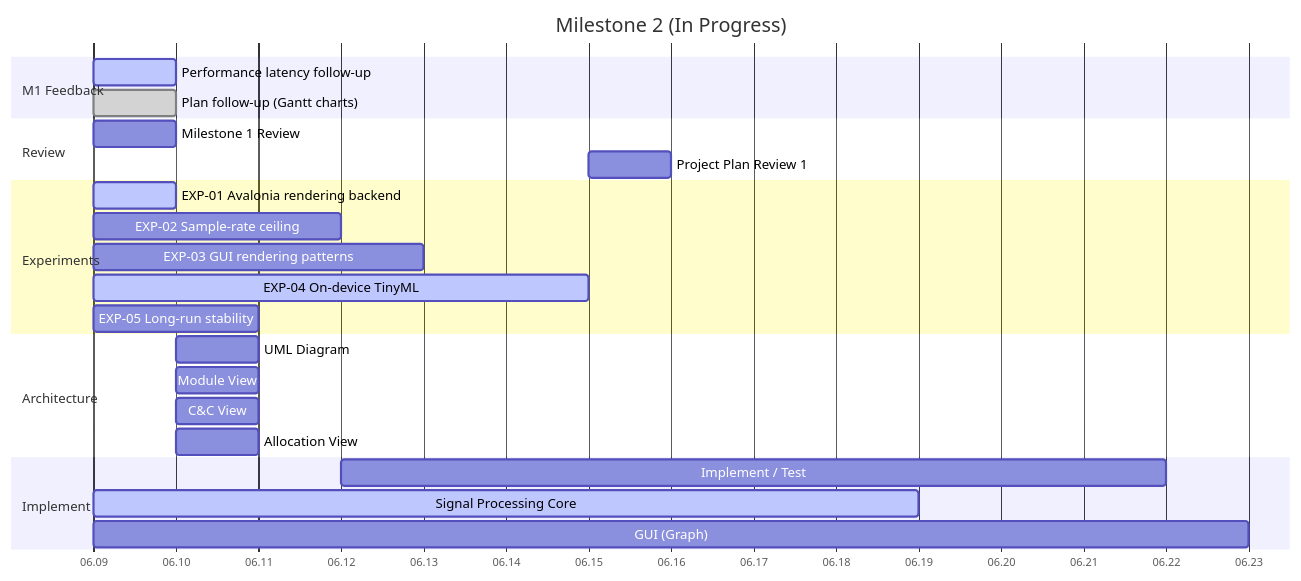
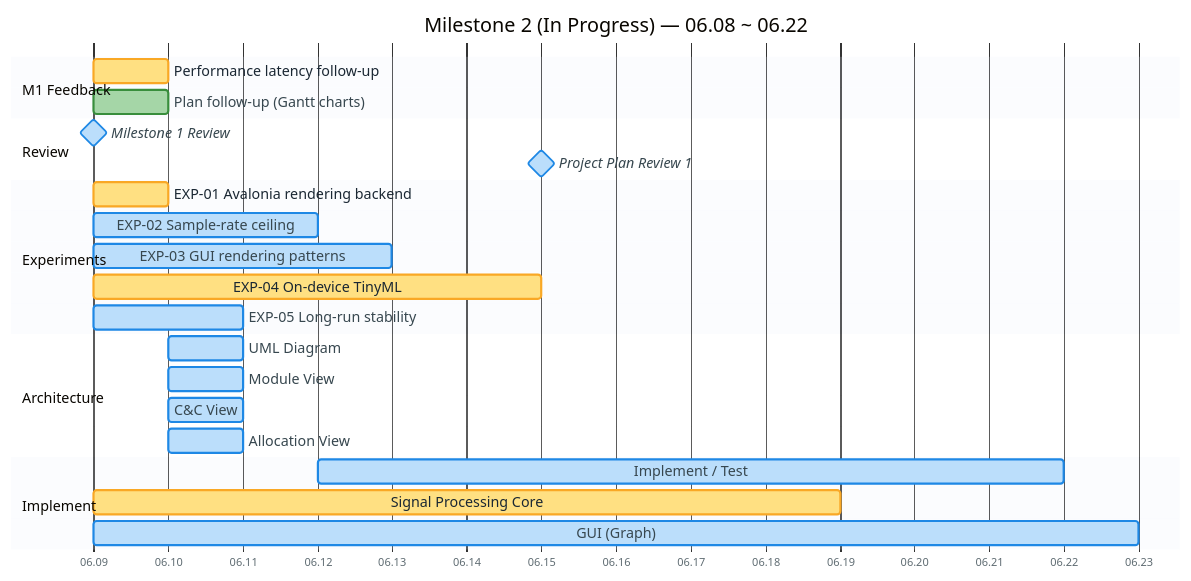
Before and after one commit to lgcmu2026-team5/TimeGrapher-Docs: the second of 3 diagrams in Milestone1/Presentation/en/Milestone1_1-Project-Plan.md, drawn with Mermaid. The commit also changed other lines of this file and 1 other file, not shown here.

First line of the commit message:
Restyle Project Plan Gantt charts and unify status markers

````diff
--- a/Milestone1/Presentation/en/Milestone1_1-Project-Plan.md
+++ b/Milestone1/Presentation/en/Milestone1_1-Project-Plan.md
@@ -44,33 +46,34 @@
 ```mermaid
-%%{init: {"gantt": {"useWidth": 1200, "barHeight": 24, "fontSize": 12, "sectionFontSize": 12}}}%%
+%%{init: {"theme":"base","themeVariables":{"fontSize":"14px","taskBkgColor":"#BBDEFB","taskBorderColor":"#1E88E5","taskTextDarkColor":"#1A2733","taskTextOutsideColor":"#37474F","activeTaskBkgColor":"#FFE082","activeTaskBorderColor":"#F9A825","doneTaskBkgColor":"#A5D6A7","doneTaskBorderColor":"#388E3C","sectionBkgColor":"#E8EEF7","altSectionBkgColor":"#FFFFFF","sectionBkgColor2":"#E8EEF7","todayLineColor":"#E53935","gridColor":"#CFD8DC","textColor":"#37474F"},"gantt":{"useWidth":1100,"barHeight":22,"barGap":6,"topPadding":50,"fontSize":13,"sectionFontSize":13,"numberSectionStyles":2}}}%%
 gantt
-    title Milestone 2 (In Progress)
+    title Milestone 2 (In Progress) — 06.08 ~ 06.22
     dateFormat YYYY-MM-DD
     axisFormat %m.%d
+    tickInterval 1day
 
     section M1 Feedback
     Performance latency follow-up :active, 2026-06-09, 2026-06-10
     Plan follow-up (Gantt charts) :done, 2026-06-09, 2026-06-10
 
     section Review
-    Milestone 1 Review            :2026-06-09, 1d
-    Project Plan Review 1         :2026-06-15, 1d
+    Milestone 1 Review            :milestone, 2026-06-09, 0d
+    Project Plan Review 1         :milestone, 2026-06-15, 0d
 
     section Experiments
     EXP-01 Avalonia rendering backend :active, 2026-06-09, 2026-06-10
     EXP-02 Sample-rate ceiling    :2026-06-09, 2026-06-12
     EXP-03 GUI rendering patterns :2026-06-09, 2026-06-13
     EXP-04 On-device TinyML       :active, 2026-06-09, 2026-06-15
     EXP-05 Long-run stability     :2026-06-09, 2026-06-11
 
     section Architecture
     UML Diagram                   :2026-06-10, 2026-06-11
     Module View                   :2026-06-10, 2026-06-11
     C&C View                      :2026-06-10, 2026-06-11
     Allocation View               :2026-06-10, 2026-06-11
 
     section Implement
     Implement / Test              :2026-06-12, 2026-06-22
     Signal Processing Core        :active, 2026-06-09, 2026-06-19
     GUI (Graph)                   :2026-06-09, 2026-06-23
 ```
````
